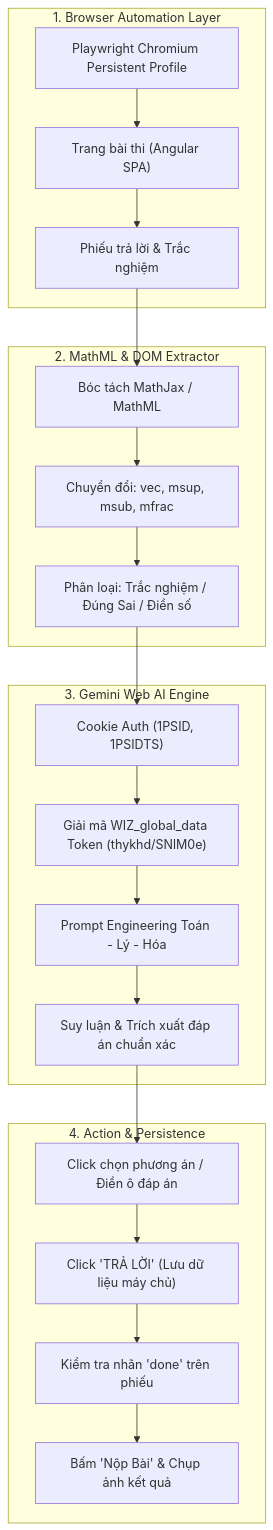
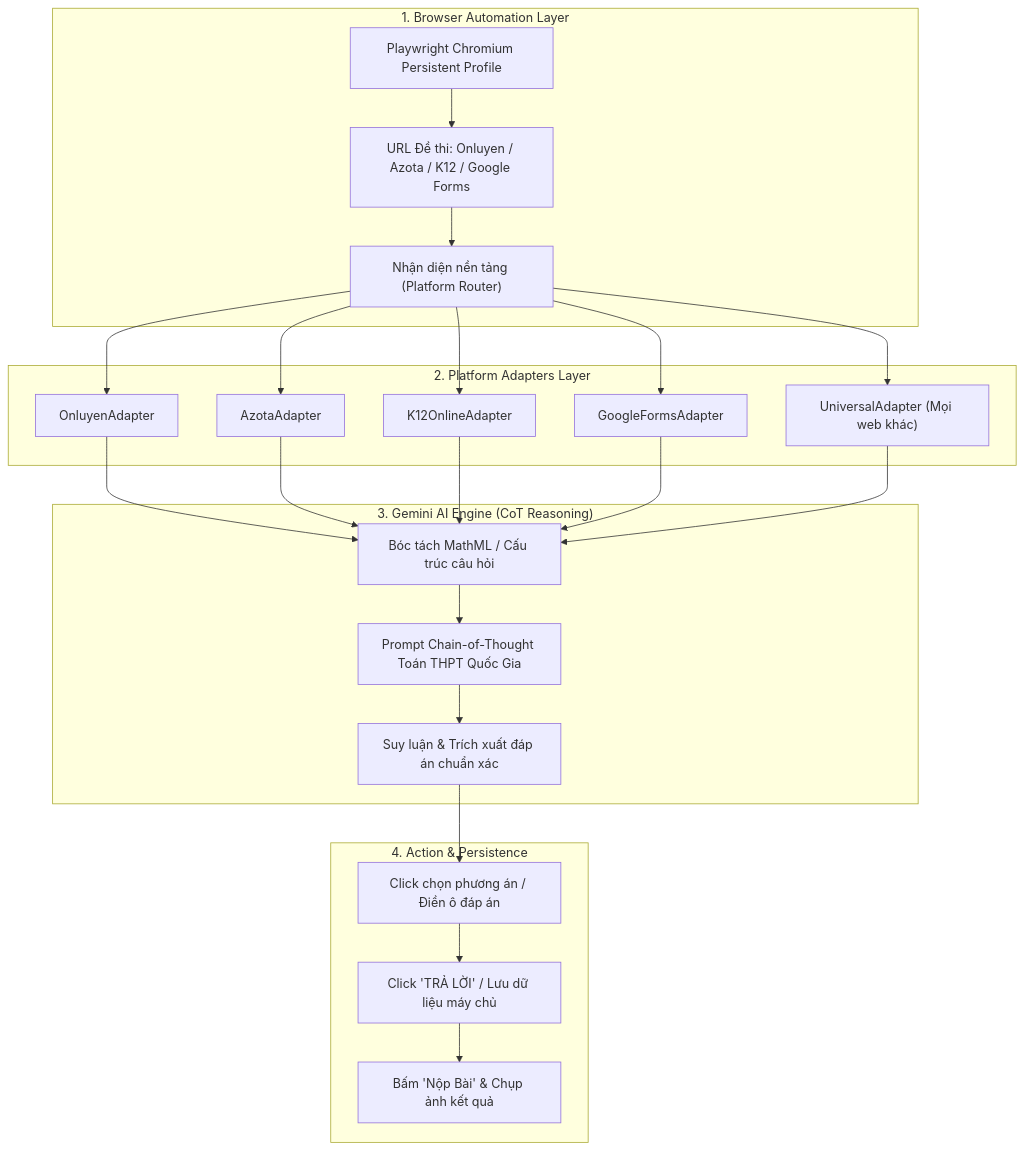
The diagram in README.md (GanZnosuy/VAn_AAF), drawn with Mermaid before and after one commit. The commit also changed other lines of this file, not shown here.

````diff
--- a/README.md
+++ b/README.md
@@ -18,27 +70,27 @@
 ```mermaid
 flowchart TD
     subgraph Browser ["1. Browser Automation Layer"]
-        B1["Playwright Chromium Persistent Profile"] --> B2["Trang bài thi (Angular SPA)"]
-        B2 --> B3["Phiếu trả lời & Trắc nghiệm"]
+        B1["Playwright Chromium Persistent Profile"] --> B2["URL Đề thi: Onluyen / Azota / K12 / Google Forms"]
+        B2 --> B3["Nhận diện nền tảng (Platform Router)"]
     end
 
-    subgraph Parser ["2. MathML & DOM Extractor"]
-        B3 --> P1["Bóc tách MathJax / MathML"]
-        P1 --> P2["Chuyển đổi: vec, msup, msub, mfrac"]
-        P2 --> P3["Phân loại: Trắc nghiệm / Đúng Sai / Điền số"]
+    subgraph Adapters ["2. Platform Adapters Layer"]
+        B3 --> A1["OnluyenAdapter"]
+        B3 --> A2["AzotaAdapter"]
+        B3 --> A3["K12OnlineAdapter"]
+        B3 --> A4["GoogleFormsAdapter"]
+        B3 --> A5["UniversalAdapter (Mọi web khác)"]
     end
 
-    subgraph AI ["3. Gemini Web AI Engine"]
-        P3 --> A1["Cookie Auth (1PSID, 1PSIDTS)"]
-        A1 --> A2["Giải mã WIZ_global_data Token (thykhd/SNlM0e)"]
-        A2 --> A3["Prompt Engineering Toán - Lý - Hóa"]
-        A3 --> A4["Suy luận & Trích xuất đáp án chuẩn xác"]
+    subgraph AI ["3. Gemini AI Engine (CoT Reasoning)"]
+        A1 & A2 & A3 & A4 & A5 --> M1["Bóc tách MathML / Cấu trúc câu hỏi"]
+        M1 --> M2["Prompt Chain-of-Thought Toán THPT Quốc Gia"]
+        M2 --> M3["Suy luận & Trích xuất đáp án chuẩn xác"]
     end
 
     subgraph Solver ["4. Action & Persistence"]
-        A4 --> S1["Click chọn phương án / Điền ô đáp án"]
-        S1 --> S2["Click 'TRẢ LỜI' (Lưu dữ liệu máy chủ)"]
-        S2 --> S3["Kiểm tra nhãn 'done' trên phiếu"]
-        S3 --> S4["Bấm 'Nộp Bài' & Chụp ảnh kết quả"]
+        M3 --> S1["Click chọn phương án / Điền ô đáp án"]
+        S1 --> S2["Click 'TRẢ LỜI' / Lưu dữ liệu máy chủ"]
+        S2 --> S3["Bấm 'Nộp Bài' & Chụp ảnh kết quả"]
     end
 ```
````
